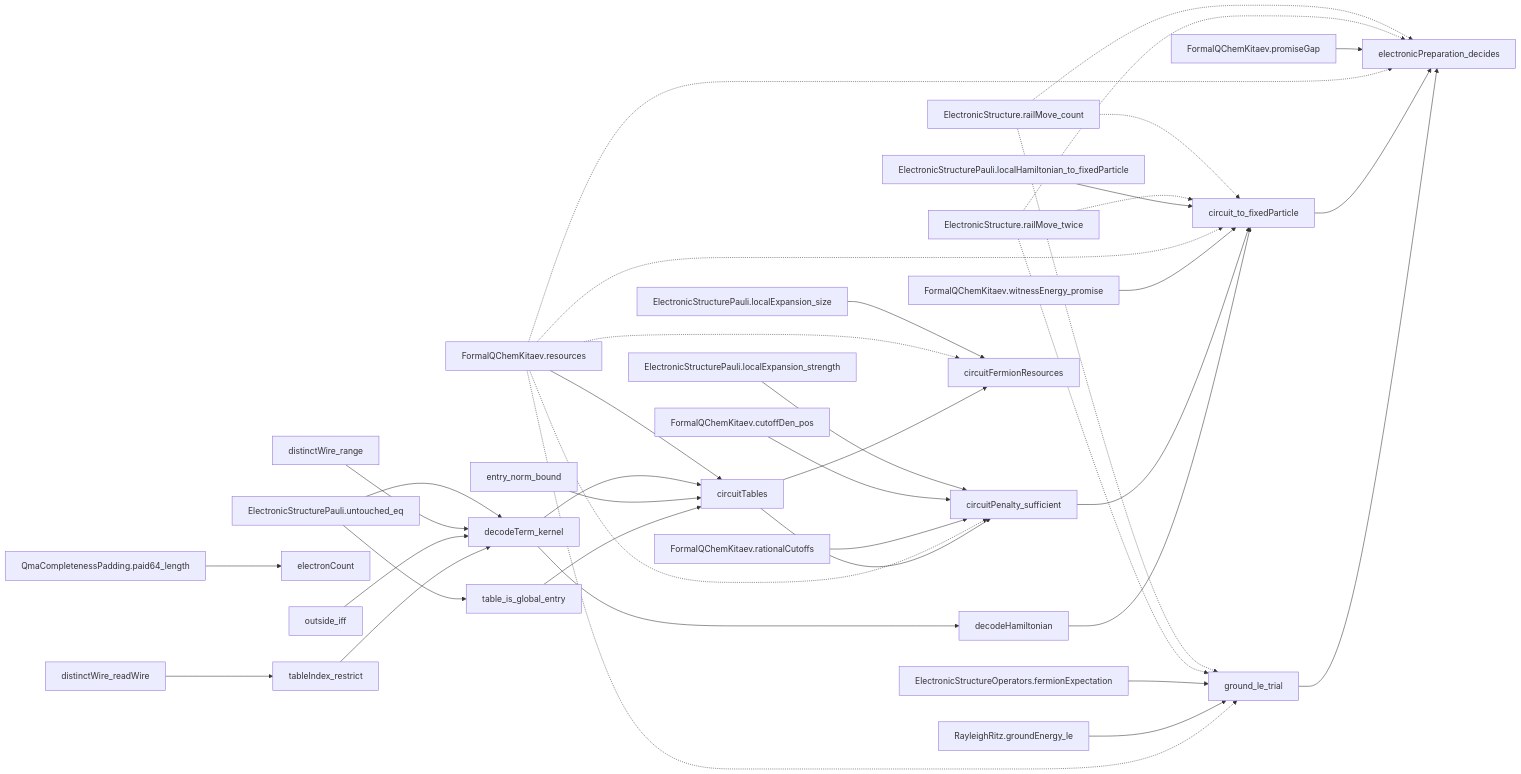
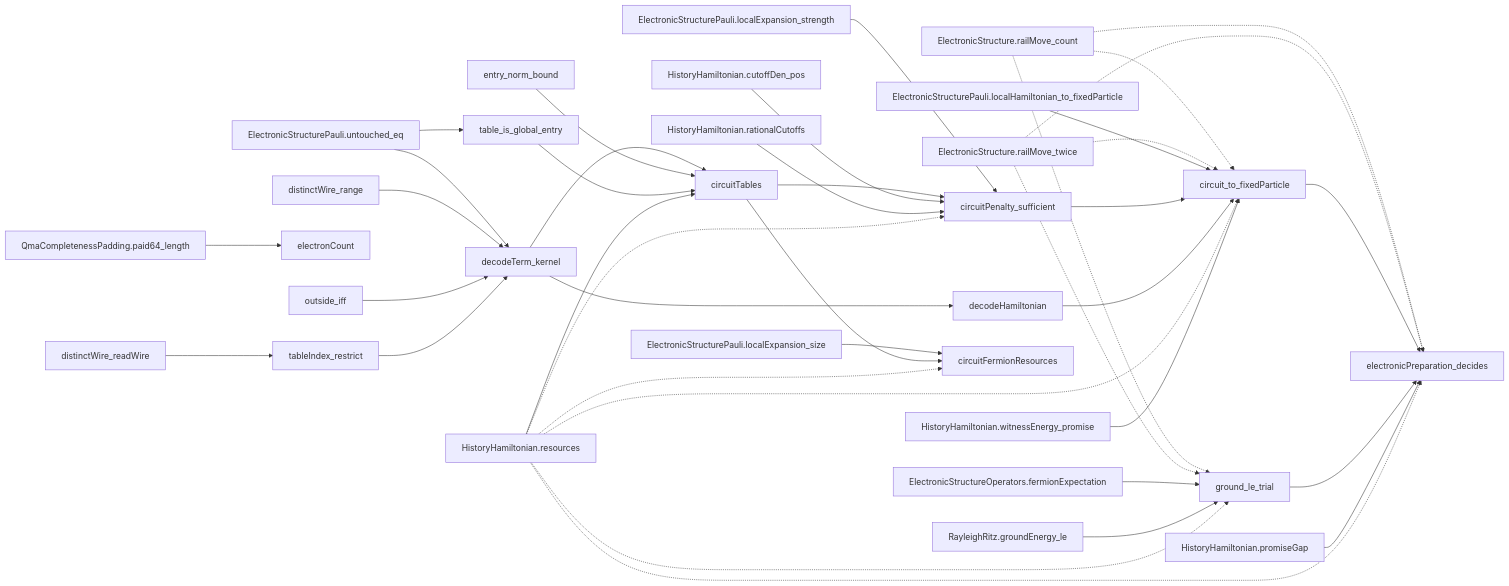
One commit to the-matter-lab/fqchem changed the seventh of 11 diagrams in docs/theorems/kitaev.md. Above: the diagram before and after it, drawn with Mermaid. The commit also changed other lines of this file and 261 other files, not shown here.

Commit message:
Prepare fqchem v0.1.0 with canonical imports, paper index and verified circuit reduction

````diff
--- a/docs/theorems/kitaev.md
+++ b/docs/theorems/kitaev.md
@@ -133,70 +781,70 @@
 ```mermaid
 flowchart LR
   n0["ElectronicStructure.railMove_count"]
   n1["ElectronicStructure.railMove_twice"]
   n2["ElectronicStructureOperators.fermionExpectation"]
   n3["ElectronicStructurePauli.localExpansion_size"]
   n4["ElectronicStructurePauli.localExpansion_strength"]
   n5["ElectronicStructurePauli.localHamiltonian_to_fixedParticle"]
   n6["ElectronicStructurePauli.untouched_eq"]
   n7["RayleighRitz.groundEnergy_le"]
-  n9["FormalQChemKitaev.cutoffDen_pos"]
-  n16["FormalQChemKitaev.promiseGap"]
-  n17["FormalQChemKitaev.rationalCutoffs"]
-  n19["FormalQChemKitaev.resources"]
-  n26["FormalQChemKitaev.witnessEnergy_promise"]
-  n30["circuitFermionResources"]
-  n31["circuitPenalty_sufficient"]
-  n32["circuitTables"]
-  n33["circuit_to_fixedParticle"]
-  n34["decodeHamiltonian"]
-  n35["decodeTerm_kernel"]
-  n36["distinctWire_range"]
-  n37["distinctWire_readWire"]
-  n38["electronCount"]
-  n39["electronicPreparation_decides"]
-  n40["entry_norm_bound"]
-  n41["ground_le_trial"]
-  n42["outside_iff"]
-  n43["tableIndex_restrict"]
-  n44["table_is_global_entry"]
-  n57["QmaCompletenessPadding.paid64_length"]
-  n3 --> n30
-  n19 -.-> n30
-  n32 --> n30
-  n4 --> n31
-  n9 --> n31
-  n17 --> n31
-  n19 -.-> n31
-  n32 --> n31
-  n19 --> n32
-  n35 --> n32
-  n40 --> n32
-  n44 --> n32
-  n0 -.-> n33
-  n1 -.-> n33
-  n5 --> n33
-  n19 -.-> n33
-  n26 --> n33
-  n31 --> n33
-  n34 --> n33
-  n35 --> n34
-  n6 --> n35
-  n36 --> n35
-  n42 --> n35
-  n43 --> n35
-  n57 --> n38
-  n0 -.-> n39
-  n1 -.-> n39
-  n16 --> n39
-  n19 -.-> n39
-  n33 --> n39
-  n41 --> n39
-  n0 -.-> n41
-  n1 -.-> n41
-  n2 --> n41
-  n7 --> n41
-  n19 -.-> n41
-  n37 --> n43
-  n6 --> n44
+  n155["circuitFermionResources"]
+  n156["circuitPenalty_sufficient"]
+  n157["circuitTables"]
+  n158["circuit_to_fixedParticle"]
+  n159["decodeHamiltonian"]
+  n160["decodeTerm_kernel"]
+  n161["distinctWire_range"]
+  n162["distinctWire_readWire"]
+  n163["electronCount"]
+  n164["electronicPreparation_decides"]
+  n165["entry_norm_bound"]
+  n166["ground_le_trial"]
+  n167["outside_iff"]
+  n168["tableIndex_restrict"]
+  n169["table_is_global_entry"]
+  n171["HistoryHamiltonian.cutoffDen_pos"]
+  n178["HistoryHamiltonian.promiseGap"]
+  n179["HistoryHamiltonian.rationalCutoffs"]
+  n181["HistoryHamiltonian.resources"]
+  n188["HistoryHamiltonian.witnessEnergy_promise"]
+  n249["QmaCompletenessPadding.paid64_length"]
+  n3 --> n155
+  n157 --> n155
+  n181 -.-> n155
+  n4 --> n156
+  n157 --> n156
+  n171 --> n156
+  n179 --> n156
+  n181 -.-> n156
+  n160 --> n157
+  n165 --> n157
+  n169 --> n157
+  n181 --> n157
+  n0 -.-> n158
+  n1 -.-> n158
+  n5 --> n158
+  n156 --> n158
+  n159 --> n158
+  n181 -.-> n158
+  n188 --> n158
+  n160 --> n159
+  n6 --> n160
+  n161 --> n160
+  n167 --> n160
+  n168 --> n160
+  n249 --> n163
+  n0 -.-> n164
+  n1 -.-> n164
+  n158 --> n164
+  n166 --> n164
+  n178 --> n164
+  n181 -.-> n164
+  n0 -.-> n166
+  n1 -.-> n166
+  n2 --> n166
+  n7 --> n166
+  n181 -.-> n166
+  n162 --> n168
+  n6 --> n169
 ```
````
